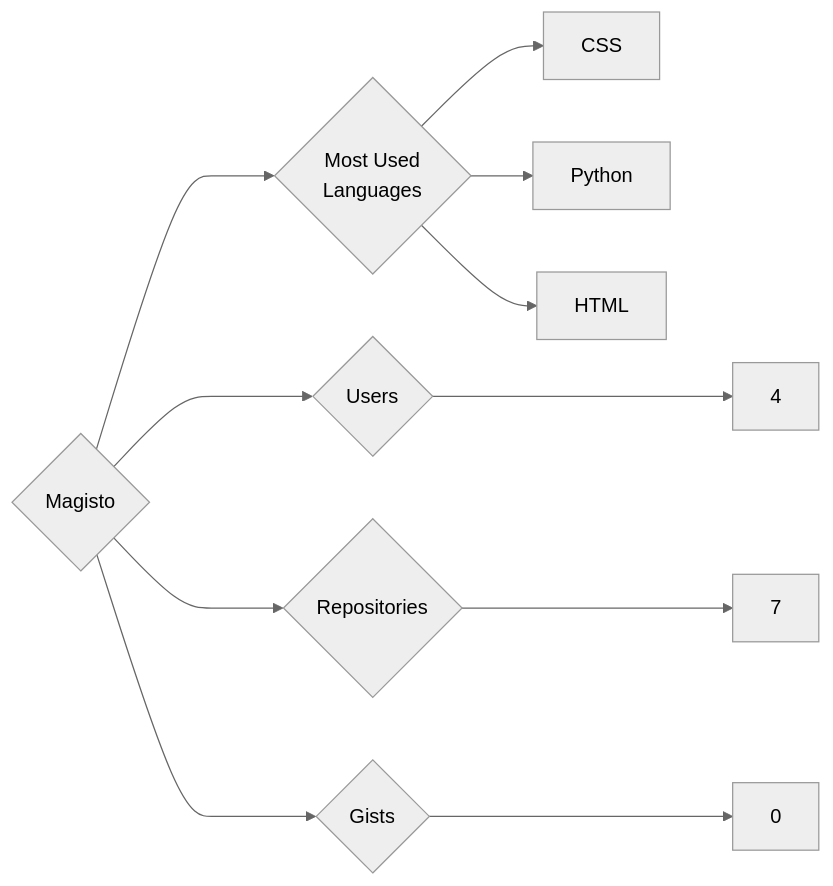
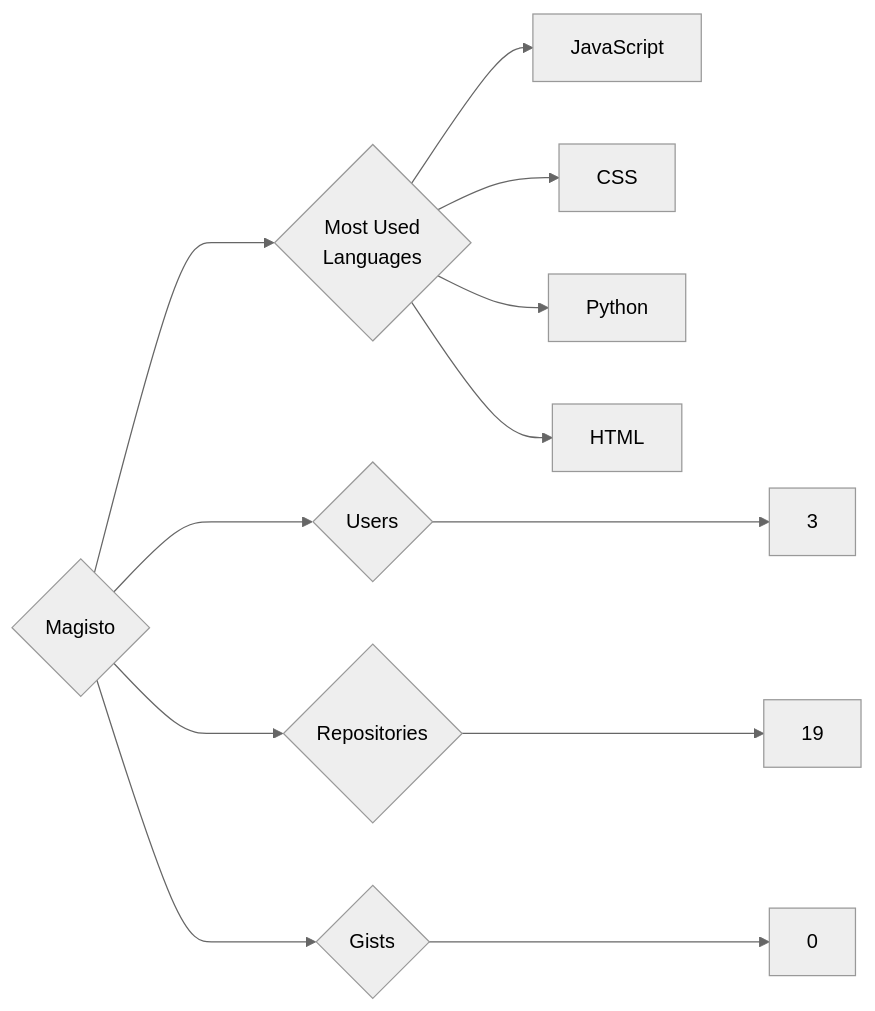
The diagram in targets/Magisto/README.md (trickest/insiders), drawn with Mermaid (neutral theme) before and after one commit. The commit also changed 944 other files, not shown here.

````diff
--- a/targets/Magisto/README.md
+++ b/targets/Magisto/README.md
@@ -3,11 +3,12 @@
 ```mermaid
 graph LR
 COMPANY_NAME{Magisto}
-COMPANY_NAME ---> U{Users} ---> UN[4]
-COMPANY_NAME ---> R{Repositories} ---> RN[7]
+COMPANY_NAME ---> U{Users} ---> UN[3]
+COMPANY_NAME ---> R{Repositories} ---> RN[19]
 COMPANY_NAME ---> G{Gists} ---> GN[0]
 COMPANY_NAME ---> ML{Most Used<br>Languages}
+ML --> JavaScript[JavaScript]
 ML --> CSS[CSS]
 ML --> Python[Python]
 ML --> HTML[HTML]
 ```
````
